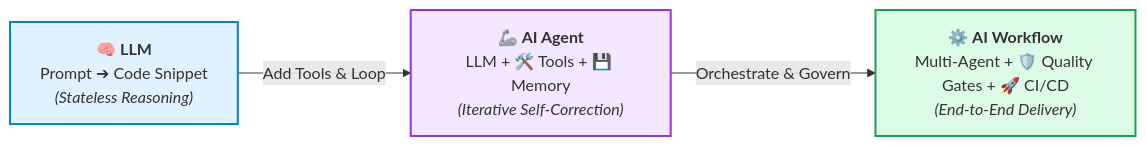
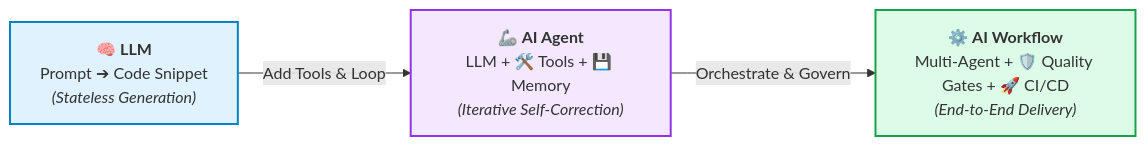
Before and after one commit to Mcc-Mak/kenya-digitalhub-ai-web-dev: the seventh of 7 diagrams in BLUEPRINT.md, drawn with Mermaid. The commit also changed other lines of this file, not shown here.

````diff
--- a/BLUEPRINT.md
+++ b/BLUEPRINT.md
@@ -166,14 +198,15 @@
 ```mermaid
 flowchart LR
-    LLM["🧠 <b>LLM</b><br/>Prompt ➔ Code Snippet<br/><i>(Stateless Reasoning)</i>"]
+    LLM["🧠 <b>LLM</b><br/>Prompt ➔ Code Snippet<br/><i>(Stateless Generation)</i>"]
     Agent["🦾 <b>AI Agent</b><br/>LLM + 🛠️ Tools + 💾 Memory<br/><i>(Iterative Self-Correction)</i>"]
     Workflow["⚙️ <b>AI Workflow</b><br/>Multi-Agent + 🛡️ Quality Gates + 🚀 CI/CD<br/><i>(End-to-End Delivery)</i>"]
 
     LLM -->|"Add Tools & Loop"| Agent
     Agent -->|"Orchestrate & Govern"| Workflow
 
     style LLM fill:#e0f2fe,stroke:#0284c7,stroke-width:2px
     style Agent fill:#f3e8ff,stroke:#9333ea,stroke-width:2px
     style Workflow fill:#dcfce7,stroke:#16a34a,stroke-width:2px
 
+
 ```
````
